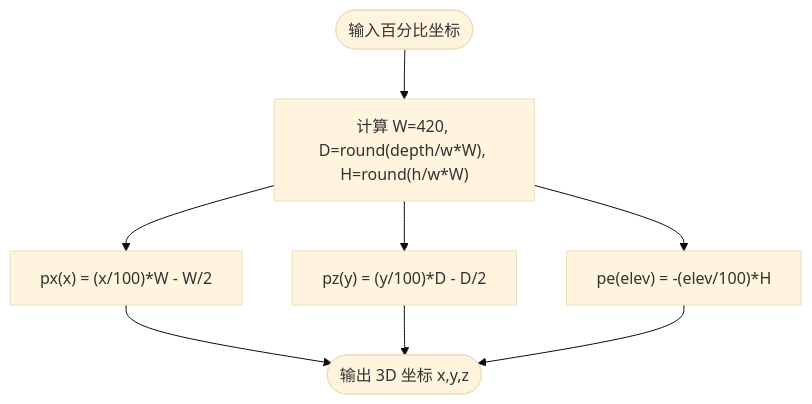
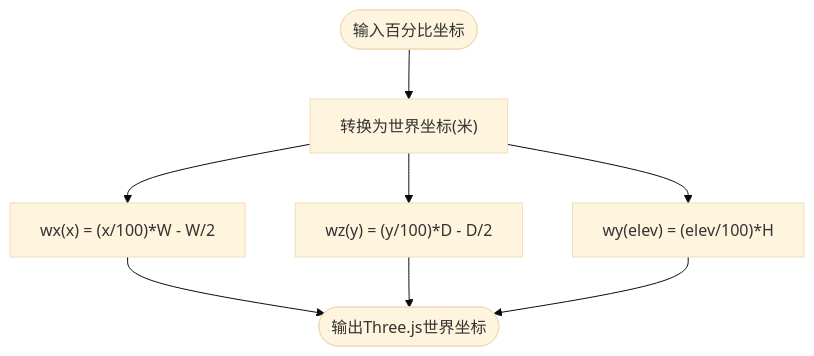
The third of 8 diagrams in .qoder/repowiki/zh/content/Web控制台/3D空间建模.md (zh79325/opple-cloud-adapter), drawn with Mermaid (base theme) before and after one commit. The commit also changed other lines of this file and 30 other files, not shown here.

````diff
--- a/.qoder/repowiki/zh/content/Web控制台/3D空间建模.md
+++ b/.qoder/repowiki/zh/content/Web控制台/3D空间建模.md
@@ -113,10 +114,10 @@
 ```mermaid
 flowchart TD
-Start(["输入百分比坐标"]) --> ComputeW["计算 W=420, D=round(depth/w*W), H=round(h/w*W)"]
-ComputeW --> ConvertX["px(x) = (x/100)*W - W/2"]
-ComputeW --> ConvertZ["pz(y) = (y/100)*D - D/2"]
-ComputeW --> ConvertE["pe(elev) = -(elev/100)*H"]
-ConvertX --> End(["输出 3D 坐标 x,y,z"])
-ConvertZ --> End
-ConvertE --> End
+Start(["输入百分比坐标"]) --> Convert["转换为世界坐标(米)"]
+Convert --> WX["wx(x) = (x/100)*W - W/2"]
+Convert --> WZ["wz(y) = (y/100)*D - D/2"]
+Convert --> WY["wy(elev) = (elev/100)*H"]
+WX --> End(["输出Three.js世界坐标"])
+WZ --> End
+WY --> End
 ```
````
